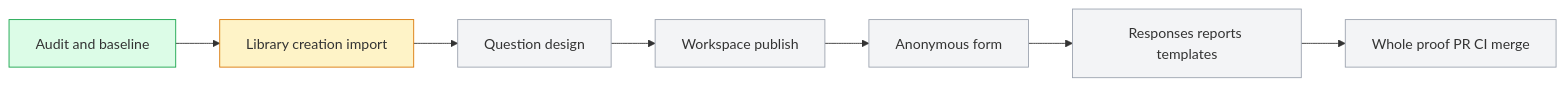
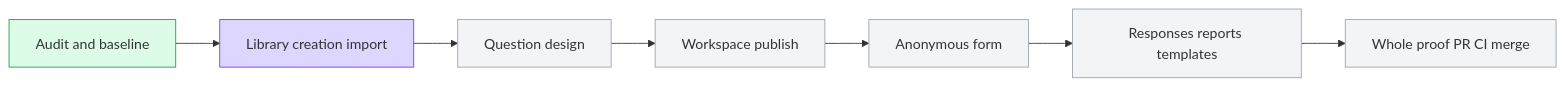
One commit to boardx/workspacex changed the diagram in docs/design/i18n-survey-journey/plan.md. Above: the diagram before and after it, drawn with Mermaid. The commit also changed other lines of this file and 2 other files, not shown here.

````diff
--- a/docs/design/i18n-survey-journey/plan.md
+++ b/docs/design/i18n-survey-journey/plan.md
@@ -28,10 +28,11 @@
 ```mermaid
 flowchart LR
  A[Audit and baseline] --> B[Library creation import] --> C[Question design] --> D[Workspace publish] --> E[Anonymous form] --> F[Responses reports templates] --> G[Whole proof PR CI merge]
  classDef active fill:#fef3c7,stroke:#d97706
+ classDef tested fill:#ddd6fe,stroke:#7c3aed
  classDef done fill:#dcfce7,stroke:#16a34a
  classDef pending fill:#f3f4f6,stroke:#9ca3af
  class A done
- class B active
+ class B tested
  class C,D,E,F,G pending
 ```
````
